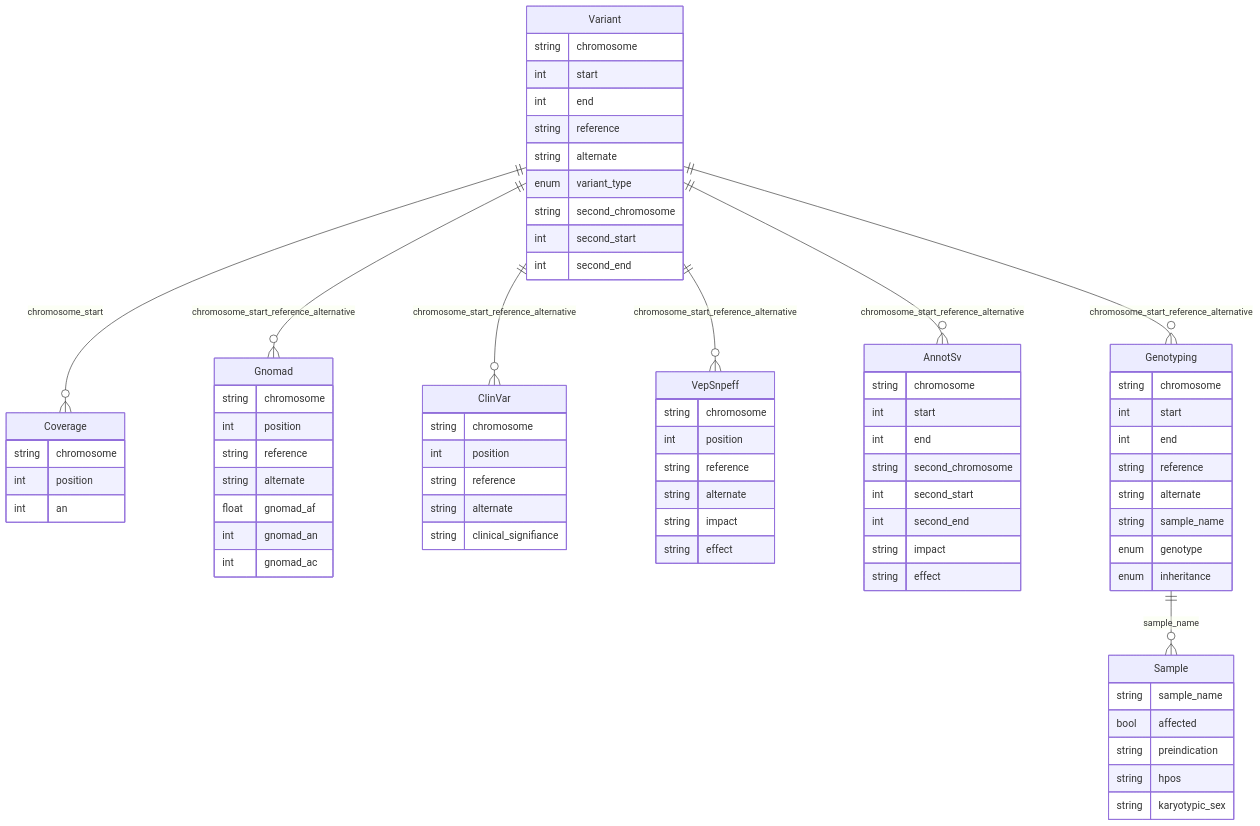
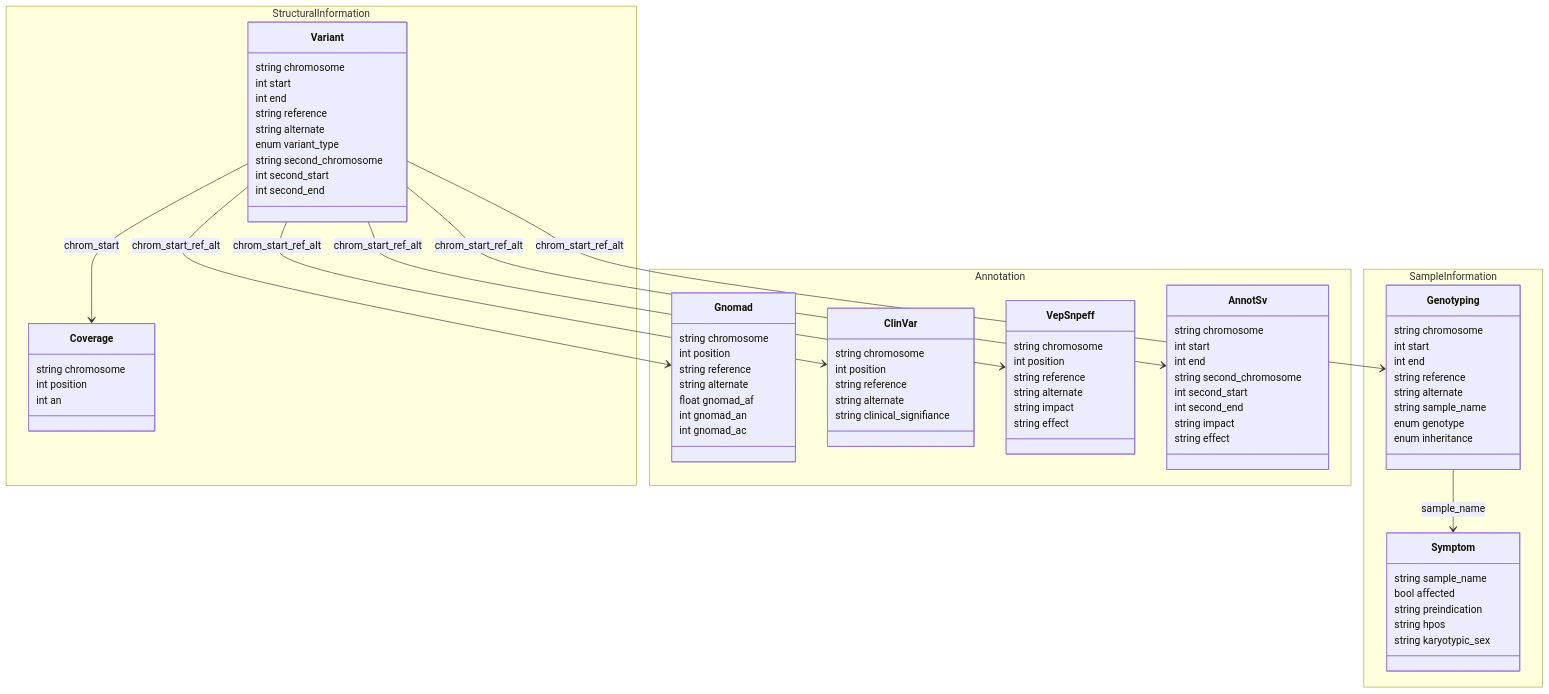
One commit to GenomeCAD/vkb changed the second of 2 diagrams in Readme.md. Above: the diagram before and after it, drawn with Mermaid. The commit also changed other lines of this file, not shown here.

Commit message:
feat: add information about vkb command

````diff
--- a/Readme.md
+++ b/Readme.md
@@ -53,85 +54,97 @@
 ```mermaid
-erDiagram
-    Variant {
-        string chromosome
-        int start
-        int end
-        string reference
-        string alternate
-        enum variant_type
-        string second_chromosome
-        int second_start
-        int second_end
-    }
+---
+config:
+    class:
+      hideEmptyMembersBox: true
+---
+classDiagram
+	direction TB
+	namespace StructuralInformation {
+		class Variant {
+			string chromosome
+			int start
+			int end
+			string reference
+			string alternate
+			enum variant_type
+			string second_chromosome
+			int second_start
+			int second_end
+		}
 
-	Coverage {
-		string chromosome
-		int position
-		int an
+		class Coverage {
+			string chromosome
+			int position
+			int an
+		}
 	}
 
-    Gnomad {
-        string chromosome
-        int position
-        string reference
-        string alternate
-        float gnomad_af
-        int gnomad_an
-        int gnomad_ac
-    }
+	namespace Annotation {
+		class Gnomad {
+			string chromosome
+			int position
+			string reference
+			string alternate
+			float gnomad_af
+			int gnomad_an
+			int gnomad_ac
+		}
 
-	ClinVar {
-        string chromosome
-        int position
-        string reference
-        string alternate
-		string clinical_signifiance
+		class ClinVar {
+			string chromosome
+			int position
+			string reference
+			string alternate
+			string clinical_signifiance
+		}
+
+		class VepSnpeff {
+			string chromosome
+			int position
+			string reference
+			string alternate
+			string impact
+			string effect
+		}
+
+		class AnnotSv {
+			string chromosome
+			int start
+			int end
+			string second_chromosome
+			int second_start
+			int second_end
+			string impact
+			string effect
+		}
 	}
 
-    VepSnpeff {
-        string chromosome
-        int position
-        string reference
-        string alternate
-        string impact
-        string effect
-    }
+	namespace SampleInformation {
+		class Genotyping {
+			string chromosome
+			int start
+			int end
+			string reference
+			string alternate
+			string sample_name
+			enum genotype
+			enum inheritance
+		}
 
-    AnnotSv {
-        string chromosome
-        int start
-        int end
-        string second_chromosome
-        int second_start
-        int second_end
-        string impact
-        string effect
-    }
+		class Symptom {
+			string sample_name
+			bool affected
+			string preindication
+			string hpos
+			string karyotypic_sex
+		}
+	}
 
-    Genotyping {
-        string chromosome
-        int start
-        int end
-        string reference
-        string alternate
-        string sample_name
-        enum genotype
-        enum inheritance
-    }
-
-    Sample {
-        string sample_name
-        bool affected
-		string preindication
-        string hpos
-		string karyotypic_sex
-    }
-
-    Variant ||--o{ Coverage: chromosome_start
-    Variant ||--o{ Gnomad: chromosome_start_reference_alternative
-    Variant ||--o{ VepSnpeff: chromosome_start_reference_alternative
-    Variant ||--o{ ClinVar: chromosome_start_reference_alternative
-	Variant ||--o{ AnnotSv: chromosome_start_reference_alternative
-    Variant ||--o{ Genotyping: chromosome_start_reference_alternative
-    Genotyping ||--o{ Sample: sample_name
+    Variant --> Coverage: chrom_start
+    Variant --> Gnomad: chrom_start_ref_alt
+    Variant --> VepSnpeff: chrom_start_ref_alt
+    Variant --> ClinVar: chrom_start_ref_alt
+    Variant --> AnnotSv: chrom_start_ref_alt
+    Variant --> Genotyping: chrom_start_ref_alt
+    Genotyping --> Symptom: sample_name
 ```
````
